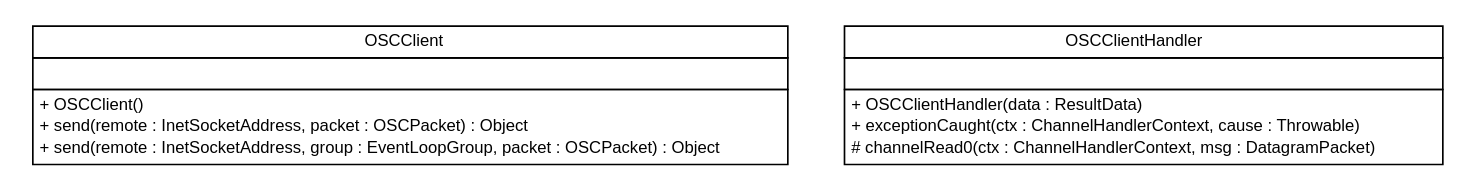
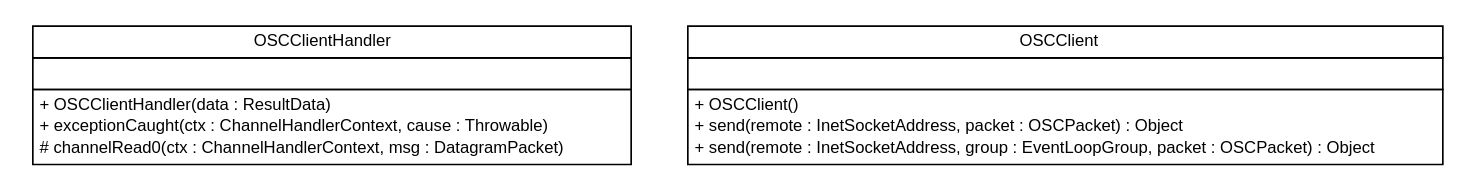
One commit to pcross616/lf-osc-proxy changed the diagram in apidocs/com/xley/lfosc/osc/client/com.xley.lfosc.osc.client.dot. Above: the diagram before and after it, drawn with Graphviz. The commit also changed 343 other files, not shown here.

```diff
--- a/apidocs/com/xley/lfosc/osc/client/com.xley.lfosc.osc.client.dot
+++ b/apidocs/com/xley/lfosc/osc/client/com.xley.lfosc.osc.client.dot
@@ -1,40 +1,40 @@
 #!/usr/local/bin/dot
 #
 # Class diagram 
 # Generated by UMLGraph version R5_6 (http://www.umlgraph.org/)
 #
 
 digraph G {
 	edge [fontname="Helvetica",fontsize=10,labelfontname="Helvetica",labelfontsize=10];
 	node [fontname="Helvetica",fontsize=10,shape=plaintext];
 	nodesep=0.25;
 	ranksep=0.5;
+	// com.xley.lfosc.osc.client.OSCClientHandler
+	c83 [label=<<table title="com.xley.lfosc.osc.client.OSCClientHandler" border="0" cellborder="1" cellspacing="0" cellpadding="2" port="p" href="./OSCClientHandler.html">
+		<tr><td><table border="0" cellspacing="0" cellpadding="1">
+<tr><td align="center" balign="center"> OSCClientHandler </td></tr>
+		</table></td></tr>
+		<tr><td><table border="0" cellspacing="0" cellpadding="1">
+<tr><td align="left" balign="left">  </td></tr>
+		</table></td></tr>
+		<tr><td><table border="0" cellspacing="0" cellpadding="1">
+<tr><td align="left" balign="left"> + OSCClientHandler(data : ResultData) </td></tr>
+<tr><td align="left" balign="left"> + exceptionCaught(ctx : ChannelHandlerContext, cause : Throwable) </td></tr>
+<tr><td align="left" balign="left"> # channelRead0(ctx : ChannelHandlerContext, msg : DatagramPacket) </td></tr>
+		</table></td></tr>
+		</table>>, URL="./OSCClientHandler.html", fontname="Helvetica", fontcolor="black", fontsize=10.0];
 	// com.xley.lfosc.osc.client.OSCClient
-	c466 [label=<<table title="com.xley.lfosc.osc.client.OSCClient" border="0" cellborder="1" cellspacing="0" cellpadding="2" port="p" href="./OSCClient.html">
+	c84 [label=<<table title="com.xley.lfosc.osc.client.OSCClient" border="0" cellborder="1" cellspacing="0" cellpadding="2" port="p" href="./OSCClient.html">
 		<tr><td><table border="0" cellspacing="0" cellpadding="1">
 <tr><td align="center" balign="center"> OSCClient </td></tr>
 		</table></td></tr>
 		<tr><td><table border="0" cellspacing="0" cellpadding="1">
 <tr><td align="left" balign="left">  </td></tr>
 		</table></td></tr>
 		<tr><td><table border="0" cellspacing="0" cellpadding="1">
 <tr><td align="left" balign="left"> + OSCClient() </td></tr>
 <tr><td align="left" balign="left"> + send(remote : InetSocketAddress, packet : OSCPacket) : Object </td></tr>
 <tr><td align="left" balign="left"> + send(remote : InetSocketAddress, group : EventLoopGroup, packet : OSCPacket) : Object </td></tr>
 		</table></td></tr>
 		</table>>, URL="./OSCClient.html", fontname="Helvetica", fontcolor="black", fontsize=10.0];
-	// com.xley.lfosc.osc.client.OSCClientHandler
-	c467 [label=<<table title="com.xley.lfosc.osc.client.OSCClientHandler" border="0" cellborder="1" cellspacing="0" cellpadding="2" port="p" href="./OSCClientHandler.html">
-		<tr><td><table border="0" cellspacing="0" cellpadding="1">
-<tr><td align="center" balign="center"> OSCClientHandler </td></tr>
-		</table></td></tr>
-		<tr><td><table border="0" cellspacing="0" cellpadding="1">
-<tr><td align="left" balign="left">  </td></tr>
-		</table></td></tr>
-		<tr><td><table border="0" cellspacing="0" cellpadding="1">
-<tr><td align="left" balign="left"> + OSCClientHandler(data : ResultData) </td></tr>
-<tr><td align="left" balign="left"> + exceptionCaught(ctx : ChannelHandlerContext, cause : Throwable) </td></tr>
-<tr><td align="left" balign="left"> # channelRead0(ctx : ChannelHandlerContext, msg : DatagramPacket) </td></tr>
-		</table></td></tr>
-		</table>>, URL="./OSCClientHandler.html", fontname="Helvetica", fontcolor="black", fontsize=10.0];
 }
```
